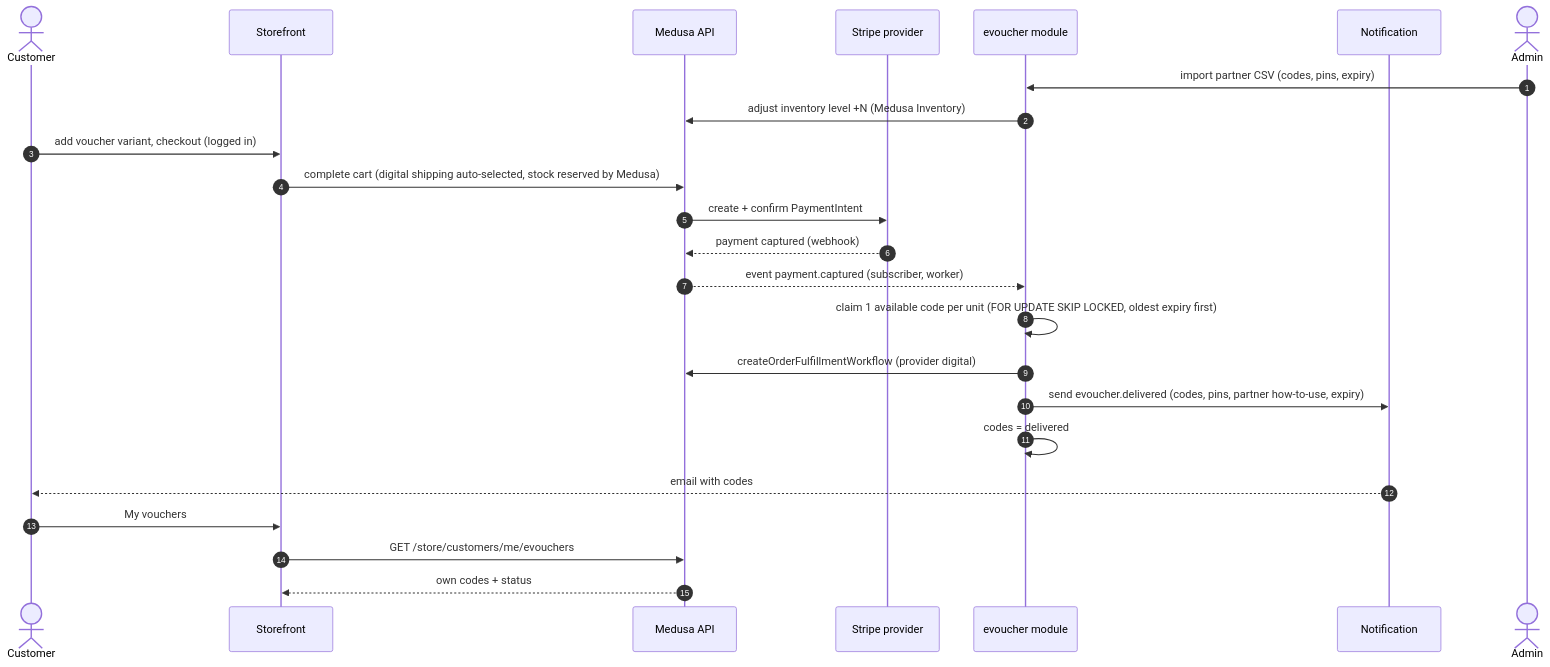
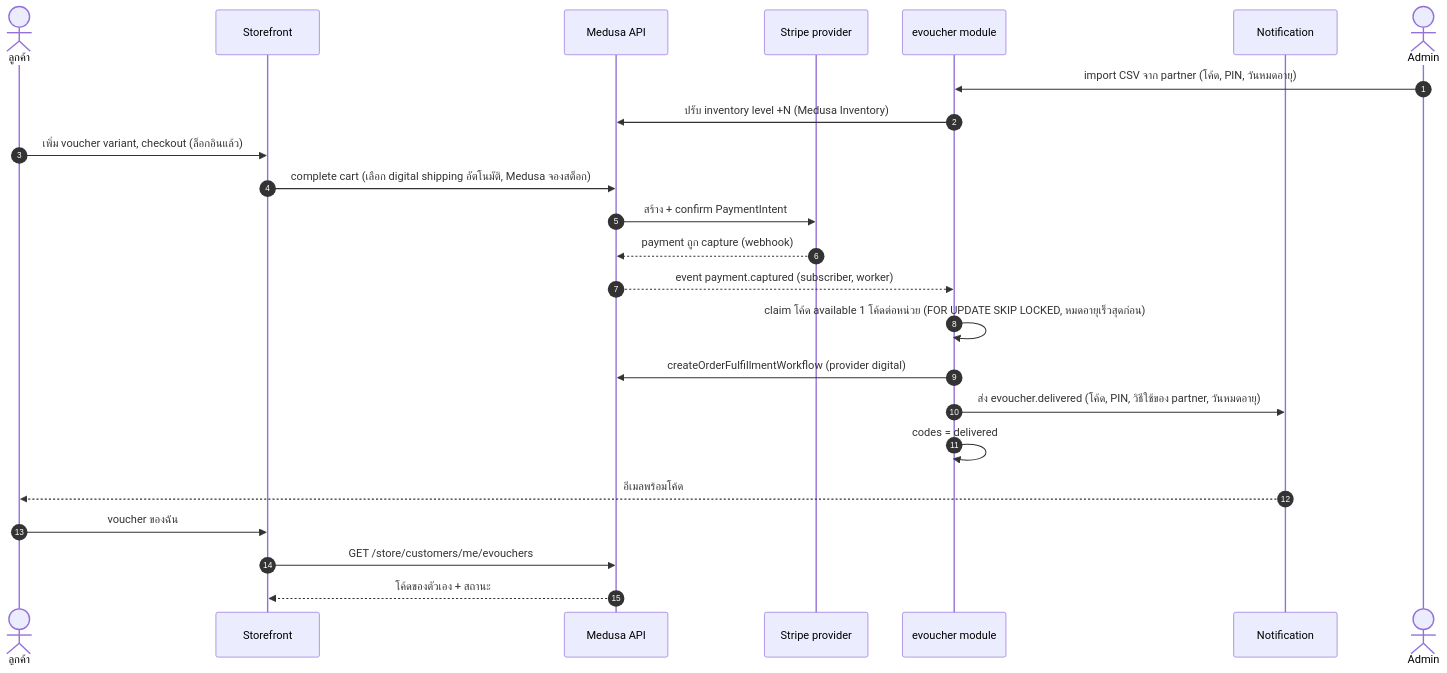
Before and after one commit to techpowerdev/medusa-ecom: the first of 7 diagrams in docs/design/sequence-diagrams.md, drawn with Mermaid. The commit also changed other lines of this file and 25 other files, not shown here.

````diff
--- a/docs/design/sequence-diagrams.md
+++ b/docs/design/sequence-diagrams.md
@@ -7,27 +7,27 @@
 ```mermaid
 sequenceDiagram
   autonumber
-  actor C as Customer
+  actor C as ลูกค้า
   participant SF as Storefront
   participant API as Medusa API
   participant PAY as Stripe provider
   participant EV as evoucher module
   participant NT as Notification
 
   actor AD as Admin
-  AD->>EV: import partner CSV (codes, pins, expiry)
-  EV->>API: adjust inventory level +N (Medusa Inventory)
-  C->>SF: add voucher variant, checkout (logged in)
-  SF->>API: complete cart (digital shipping auto-selected, stock reserved by Medusa)
-  API->>PAY: create + confirm PaymentIntent
-  PAY-->>API: payment captured (webhook)
+  AD->>EV: import CSV จาก partner (โค้ด, PIN, วันหมดอายุ)
+  EV->>API: ปรับ inventory level +N (Medusa Inventory)
+  C->>SF: เพิ่ม voucher variant, checkout (ล็อกอินแล้ว)
+  SF->>API: complete cart (เลือก digital shipping อัตโนมัติ, Medusa จองสต็อก)
+  API->>PAY: สร้าง + confirm PaymentIntent
+  PAY-->>API: payment ถูก capture (webhook)
   API-->>EV: event payment.captured (subscriber, worker)
-  EV->>EV: claim 1 available code per unit (FOR UPDATE SKIP LOCKED, oldest expiry first)
+  EV->>EV: claim โค้ด available 1 โค้ดต่อหน่วย (FOR UPDATE SKIP LOCKED, หมดอายุเร็วสุดก่อน)
   EV->>API: createOrderFulfillmentWorkflow (provider digital)
-  EV->>NT: send evoucher.delivered (codes, pins, partner how-to-use, expiry)
+  EV->>NT: ส่ง evoucher.delivered (โค้ด, PIN, วิธีใช้ของ partner, วันหมดอายุ)
   EV->>EV: codes = delivered
-  NT-->>C: email with codes
-  C->>SF: My vouchers
+  NT-->>C: อีเมลพร้อมโค้ด
+  C->>SF: voucher ของฉัน
   SF->>API: GET /store/customers/me/evouchers
-  API-->>SF: own codes + status
+  API-->>SF: โค้ดของตัวเอง + สถานะ
 ```
````
